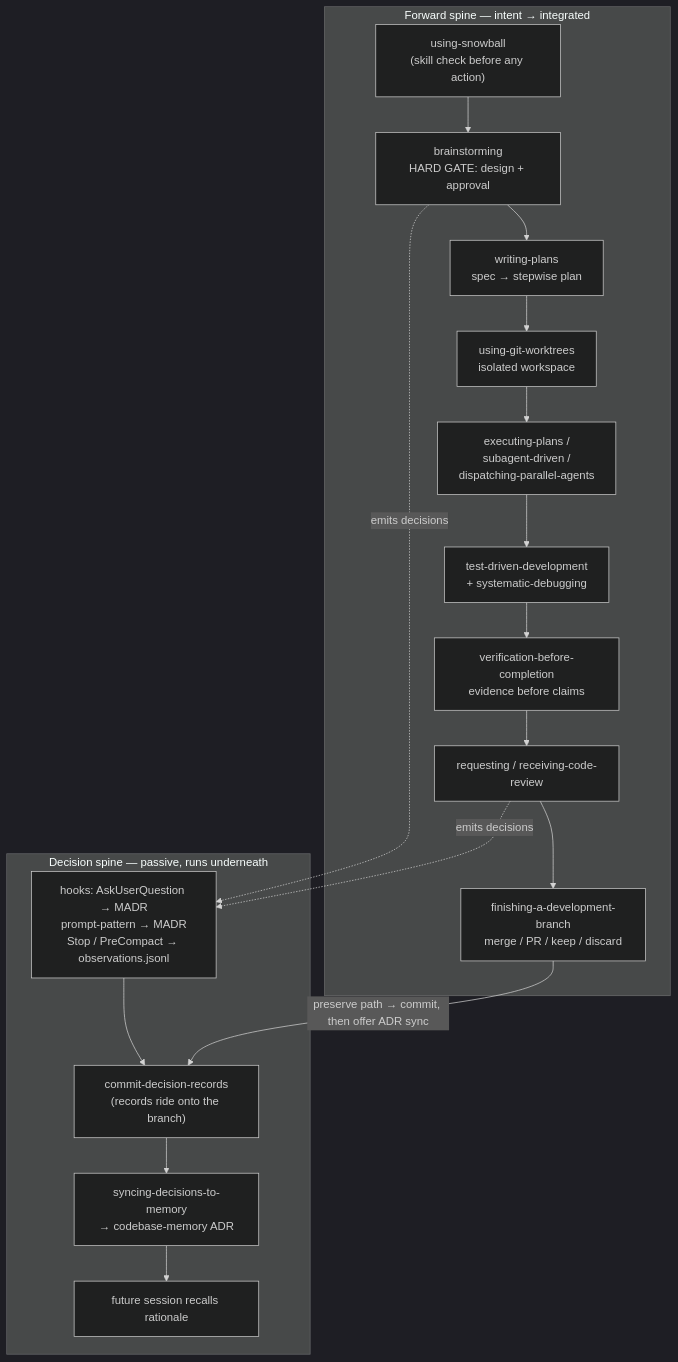
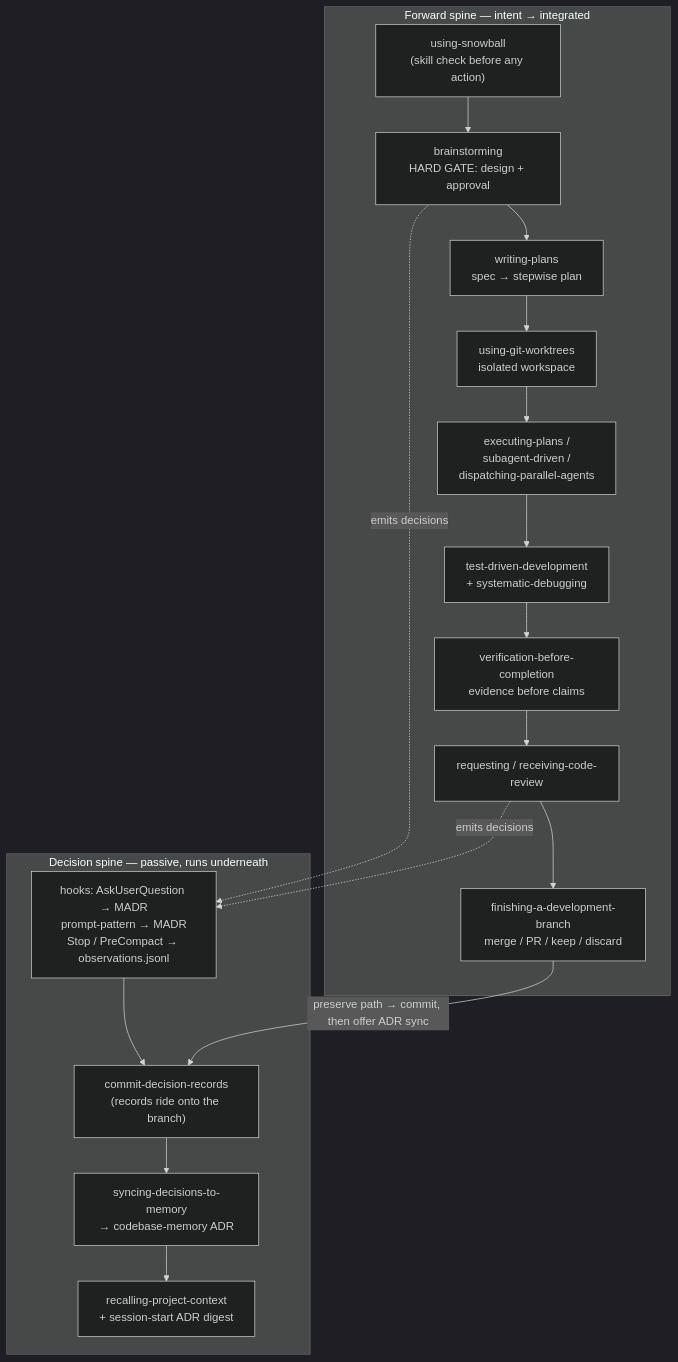
The diagram in docs/design/snowball-process.md (kellenff/snowball), drawn with Mermaid (dark theme) before and after one commit. The commit also changed other lines of this file and 21 other files, not shown here.

First line of the commit message:
feat: close decision-spine recall loop with recalling-project-context

````diff
--- a/docs/design/snowball-process.md
+++ b/docs/design/snowball-process.md
@@ -27,25 +27,25 @@
 ```mermaid
 flowchart TD
     subgraph FWD["Forward spine — intent → integrated"]
         A["using-snowball<br/>(skill check before any action)"] --> B["brainstorming<br/>HARD GATE: design + approval"]
         B --> C["writing-plans<br/>spec → stepwise plan"]
         C --> D["using-git-worktrees<br/>isolated workspace"]
         D --> E["executing-plans /<br/>subagent-driven /<br/>dispatching-parallel-agents"]
         E --> F["test-driven-development<br/>+ systematic-debugging"]
         F --> G["verification-before-completion<br/>evidence before claims"]
         G --> H["requesting / receiving-code-review"]
         H --> I["finishing-a-development-branch<br/>merge / PR / keep / discard"]
     end
 
     subgraph DEC["Decision spine — passive, runs underneath"]
         H1["hooks: AskUserQuestion → MADR<br/>prompt-pattern → MADR<br/>Stop / PreCompact → observations.jsonl"]
         H2["commit-decision-records<br/>(records ride onto the branch)"]
         H3["syncing-decisions-to-memory<br/>→ codebase-memory ADR"]
-        H4["future session recalls rationale"]
+        H4["recalling-project-context<br/>+ session-start ADR digest"]
         H1 --> H2 --> H3 --> H4
     end
 
     B -.emits decisions.-> H1
     H -.emits decisions.-> H1
     I -->|"preserve path → commit, then offer ADR sync"| H2
 ```
````
